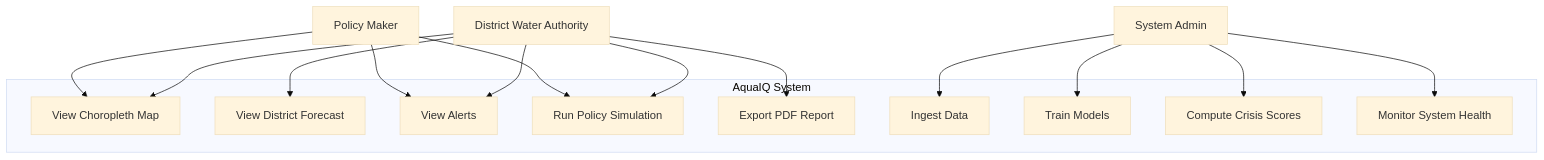
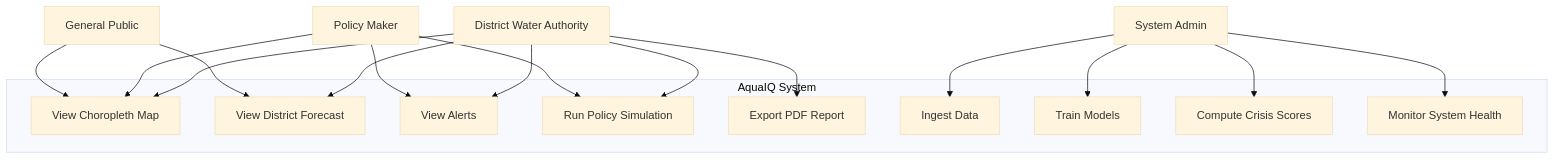
Before and after one commit to Yasharthpoddar/AquaIQ: the first of 7 diagrams in docs/phase2_eval/UML_Diagrams.md, drawn with Mermaid (base theme). The commit also changed 3 other files, not shown here.

Commit message:
Update SRS and UML to include General Public user class

````diff
--- a/docs/phase2_eval/UML_Diagrams.md
+++ b/docs/phase2_eval/UML_Diagrams.md
@@ -5,31 +5,34 @@
 ```mermaid
 graph TB
     subgraph AquaIQ System
         UC1["View Choropleth Map"]
         UC2["View District Forecast"]
         UC3["View Alerts"]
         UC4["Run Policy Simulation"]
         UC5["Export PDF Report"]
         UC6["Ingest Data"]
         UC7["Train Models"]
         UC8["Compute Crisis Scores"]
         UC9["Monitor System Health"]
     end
 
     User["District Water Authority"]
     PM["Policy Maker"]
     Admin["System Admin"]
+    Citizen["General Public"]
 
     User --> UC1
     User --> UC2
     User --> UC3
     User --> UC4
     User --> UC5
     PM --> UC1
     PM --> UC3
     PM --> UC4
+    Citizen --> UC1
+    Citizen --> UC2
     Admin --> UC6
     Admin --> UC7
     Admin --> UC8
     Admin --> UC9
 ```
````
